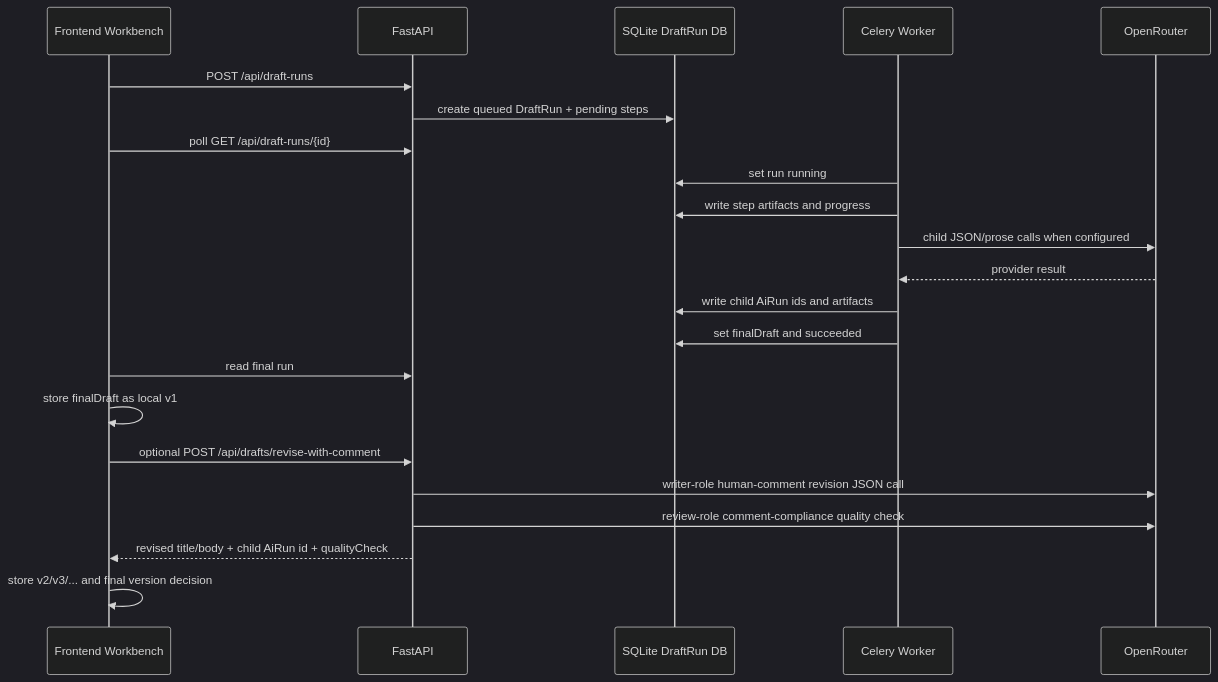
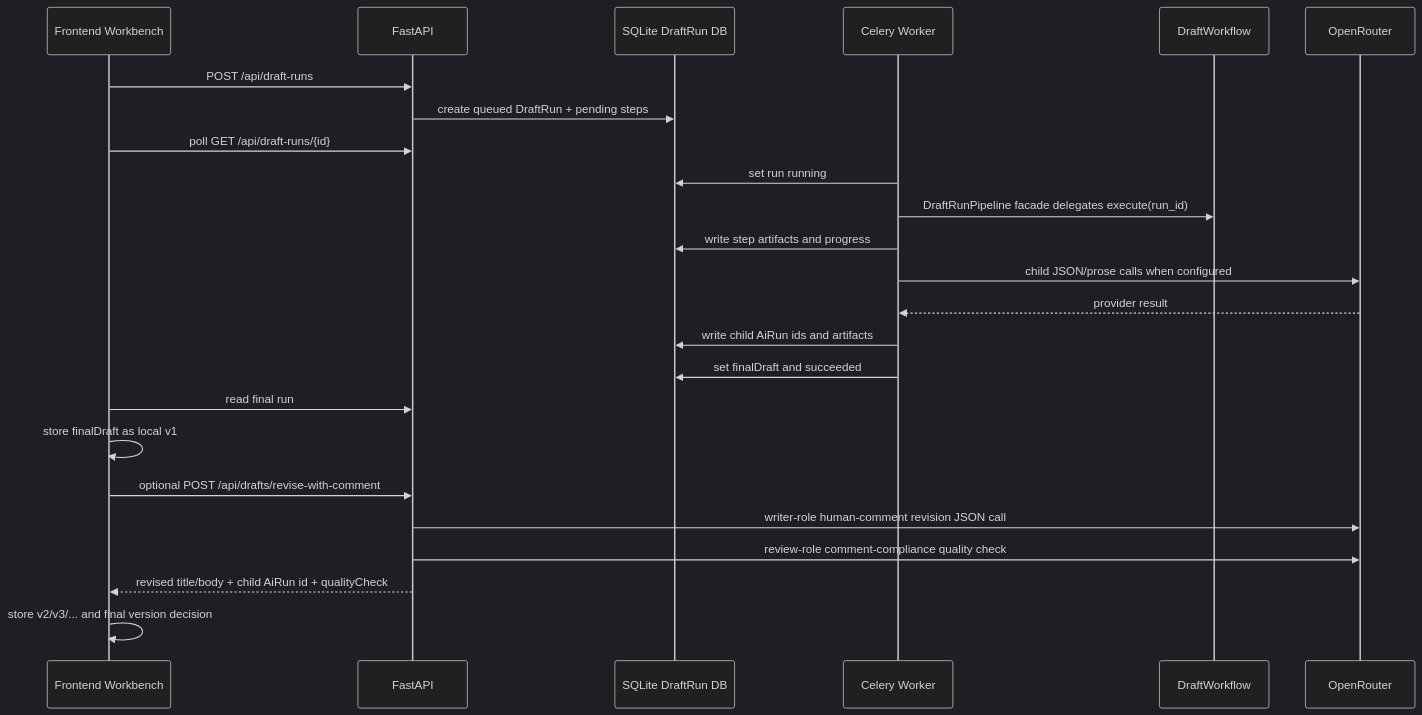
The first of 4 diagrams in docs/architecture/DRAFT_RUN_PIPELINE_AS_IS.md (mudrezzz/glavred), drawn with Mermaid (dark theme) before and after one commit. The commit also changed other lines of this file and 15 other files, not shown here.

Commit message:
Refactor DraftRun workflow orchestrator

````diff
--- a/docs/architecture/DRAFT_RUN_PIPELINE_AS_IS.md
+++ b/docs/architecture/DRAFT_RUN_PIPELINE_AS_IS.md
@@ -45,25 +57,27 @@
 ```mermaid
 sequenceDiagram
   participant UI as Frontend Workbench
   participant API as FastAPI
   participant DB as SQLite DraftRun DB
   participant Worker as Celery Worker
+  participant WF as DraftWorkflow
   participant OR as OpenRouter
 
   UI->>API: POST /api/draft-runs
   API->>DB: create queued DraftRun + pending steps
   UI->>API: poll GET /api/draft-runs/{id}
   Worker->>DB: set run running
+  Worker->>WF: DraftRunPipeline facade delegates execute(run_id)
   Worker->>DB: write step artifacts and progress
   Worker->>OR: child JSON/prose calls when configured
   OR-->>Worker: provider result
   Worker->>DB: write child AiRun ids and artifacts
   Worker->>DB: set finalDraft and succeeded
   UI->>API: read final run
   UI->>UI: store finalDraft as local v1
   UI->>API: optional POST /api/drafts/revise-with-comment
   API->>OR: writer-role human-comment revision JSON call
   API->>OR: review-role comment-compliance quality check
   API-->>UI: revised title/body + child AiRun id + qualityCheck
   UI->>UI: store v2/v3/... and final version decision
 ```
````
